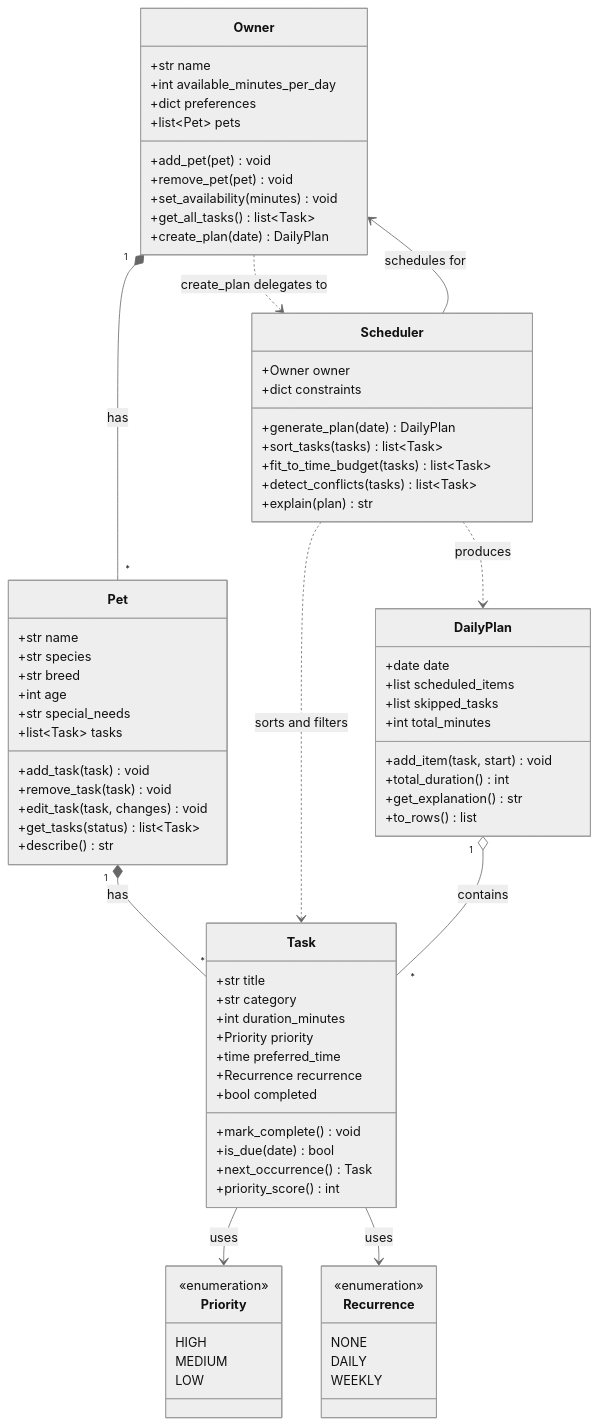
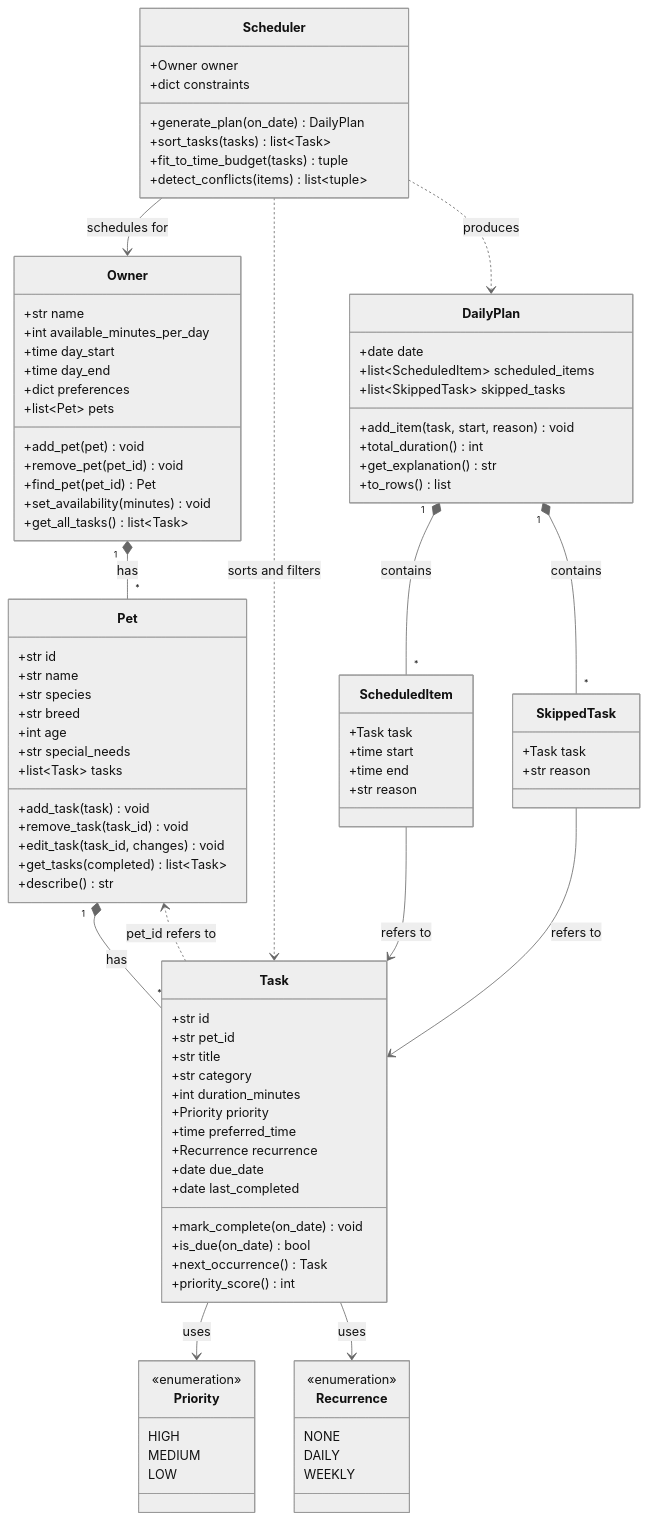
The diagram in diagrams/uml.mmd (karensprojects22/ai110-module2show-pawpal-starter), drawn with Mermaid (neutral theme) before and after one commit. The commit also changed 2 other files, not shown here.

Commit message:
feat: add class skeleton and revise UML design
Add dataclass stubs for Owner, Pet, Task, DailyPlan and Scheduler, plus
Priority/Recurrence enums and ScheduledItem/SkippedTask result types.

Design changes from reviewing the first skeleton:
- give Pet and Task unique ids and link Task to its Pet via pet_id
- use identity equality (eq=False) so identical tasks stay distinct
- remove Owner.create_plan to break the Owner/Scheduler cycle
- replace completed flag with last_completed/due_date for recurrence
- add day_start/day_end to Owner for clock-time scheduling
- return skip reasons and conflict pairs from the Scheduler
- derive plan totals and explanation instead of storing them

Update diagrams/uml.mmd to match and document the changes in
reflection.md section 1.

```diff
--- a/diagrams/uml.mmd
+++ b/diagrams/uml.mmd
@@ -1,85 +1,104 @@
 classDiagram
     class Priority {
         <<enumeration>>
         HIGH
         MEDIUM
         LOW
     }
 
     class Recurrence {
         <<enumeration>>
         NONE
         DAILY
         WEEKLY
     }
 
     class Owner {
         +str name
         +int available_minutes_per_day
+        +time day_start
+        +time day_end
         +dict preferences
         +list~Pet~ pets
         +add_pet(pet) void
-        +remove_pet(pet) void
+        +remove_pet(pet_id) void
+        +find_pet(pet_id) Pet
         +set_availability(minutes) void
         +get_all_tasks() list~Task~
-        +create_plan(date) DailyPlan
     }
 
     class Pet {
+        +str id
         +str name
         +str species
         +str breed
         +int age
         +str special_needs
         +list~Task~ tasks
         +add_task(task) void
-        +remove_task(task) void
-        +edit_task(task, changes) void
-        +get_tasks(status) list~Task~
+        +remove_task(task_id) void
+        +edit_task(task_id, changes) void
+        +get_tasks(completed) list~Task~
         +describe() str
     }
 
     class Task {
+        +str id
+        +str pet_id
         +str title
         +str category
         +int duration_minutes
         +Priority priority
         +time preferred_time
         +Recurrence recurrence
-        +bool completed
-        +mark_complete() void
-        +is_due(date) bool
+        +date due_date
+        +date last_completed
+        +mark_complete(on_date) void
+        +is_due(on_date) bool
         +next_occurrence() Task
         +priority_score() int
     }
 
     class Scheduler {
         +Owner owner
         +dict constraints
-        +generate_plan(date) DailyPlan
+        +generate_plan(on_date) DailyPlan
         +sort_tasks(tasks) list~Task~
-        +fit_to_time_budget(tasks) list~Task~
-        +detect_conflicts(tasks) list~Task~
-        +explain(plan) str
+        +fit_to_time_budget(tasks) tuple
+        +detect_conflicts(items) list~tuple~
+    }
+
+    class ScheduledItem {
+        +Task task
+        +time start
+        +time end
+        +str reason
+    }
+
+    class SkippedTask {
+        +Task task
+        +str reason
     }
 
     class DailyPlan {
         +date date
-        +list scheduled_items
-        +list skipped_tasks
-        +int total_minutes
-        +add_item(task, start) void
+        +list~ScheduledItem~ scheduled_items
+        +list~SkippedTask~ skipped_tasks
+        +add_item(task, start, reason) void
         +total_duration() int
         +get_explanation() str
         +to_rows() list
     }
 
     Owner "1" *-- "*" Pet : has
     Pet "1" *-- "*" Task : has
+    Task ..> Pet : pet_id refers to
     Task --> Priority : uses
     Task --> Recurrence : uses
     Scheduler --> Owner : schedules for
     Scheduler ..> Task : sorts and filters
     Scheduler ..> DailyPlan : produces
-    Owner ..> Scheduler : create_plan delegates to
-    DailyPlan "1" o-- "*" Task : contains
+    DailyPlan "1" *-- "*" ScheduledItem : contains
+    DailyPlan "1" *-- "*" SkippedTask : contains
+    ScheduledItem --> Task : refers to
+    SkippedTask --> Task : refers to
```
